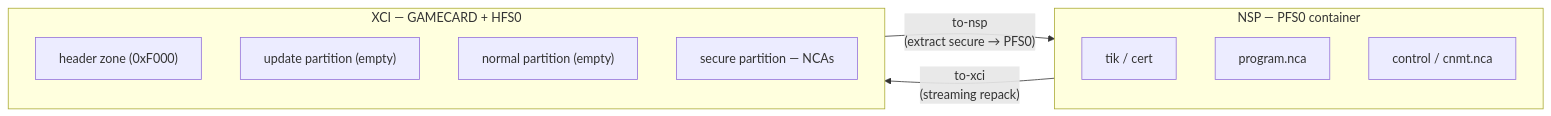
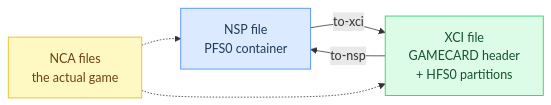
Before and after one commit to kyungw00k/nxconvert: the first of 2 diagrams in README.md, drawn with Mermaid. The commit also changed other lines of this file, not shown here.

Commit message:
docs: clearer mermaid diagrams with colored stages

````diff
--- a/README.md
+++ b/README.md
@@ -27,18 +27,15 @@
 ```mermaid
 flowchart LR
-    subgraph NSP["NSP — PFS0 container"]
-        direction TB
-        n1["tik / cert"]
-        n2["program.nca"]
-        n3["control / cnmt.nca"]
-    end
-    subgraph XCI["XCI — GAMECARD + HFS0"]
-        direction TB
-        x0["header zone (0xF000)"]
-        x1["update partition (empty)"]
-        x2["normal partition (empty)"]
-        x3["secure partition — NCAs"]
-    end
-    NSP -- "to-xci<br/>(streaming repack)" --> XCI
-    XCI -- "to-nsp<br/>(extract secure → PFS0)" --> NSP
+    NSP["NSP file<br/>PFS0 container"]
+    XCI["XCI file<br/>GAMECARD header<br/>+ HFS0 partitions"]
+    NCAS["NCA files<br/>the actual game"]
+
+    NSP -- "to-xci" --> XCI
+    XCI -- "to-nsp" --> NSP
+    NCAS -.-> NSP
+    NCAS -.-> XCI
+
+    style NSP fill:#dbeafe,stroke:#3b82f6,color:#1e3a5f
+    style XCI fill:#dcfce7,stroke:#22c55e,color:#14532d
+    style NCAS fill:#fef9c3,stroke:#eab308,color:#713f12
 ```
````
